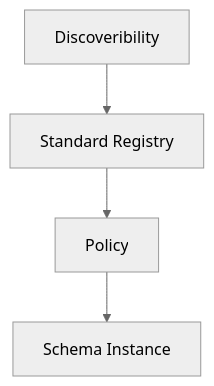
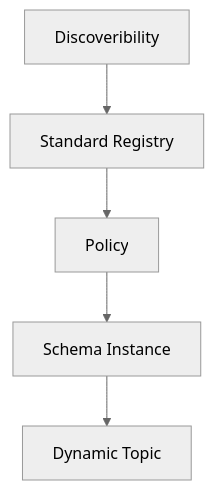
The diagram in README.md (dovuofficial/guardian-specification), drawn with Mermaid (neutral theme) before and after one commit. The commit also changed other lines of this file, not shown here.

````diff
--- a/README.md
+++ b/README.md
@@ -23,6 +23,7 @@
 ```mermaid
 flowchart TD
     A[Discoveribility] --> B[Standard Registry]
     B --> C[Policy]
     C --> D[Schema Instance]
+    D --> E[Dynamic Topic]
 ```
````
